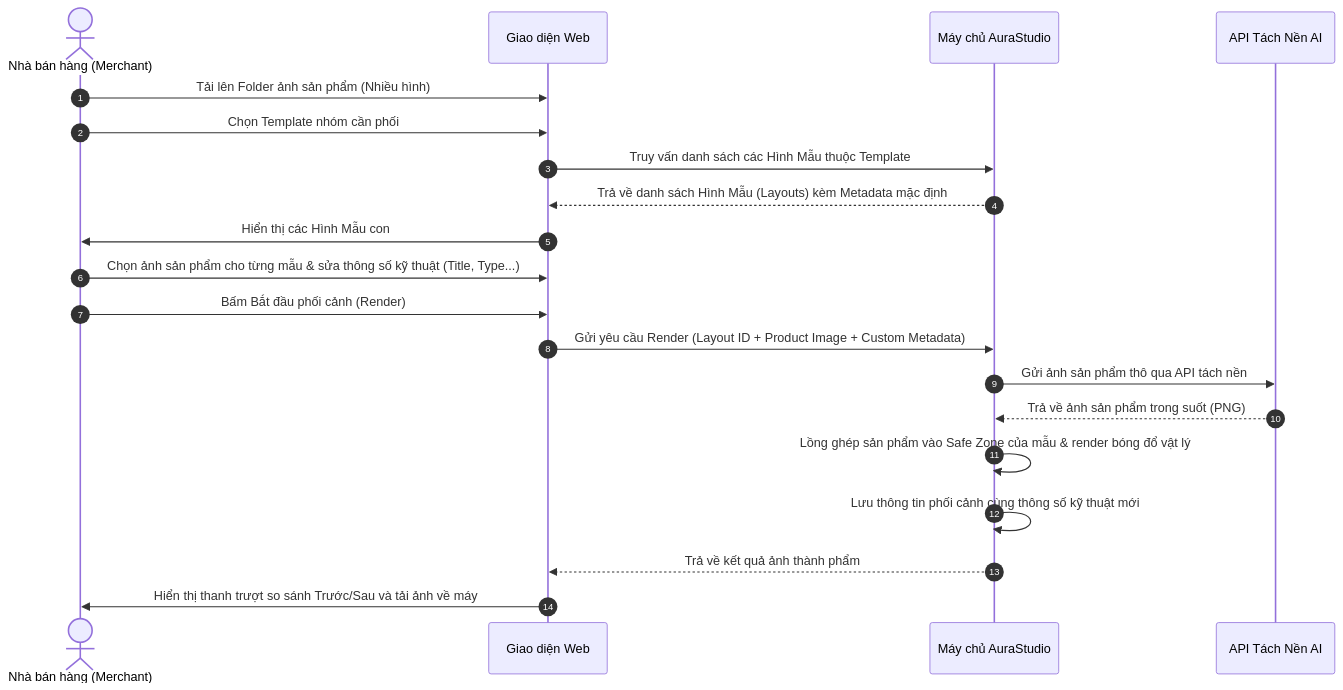
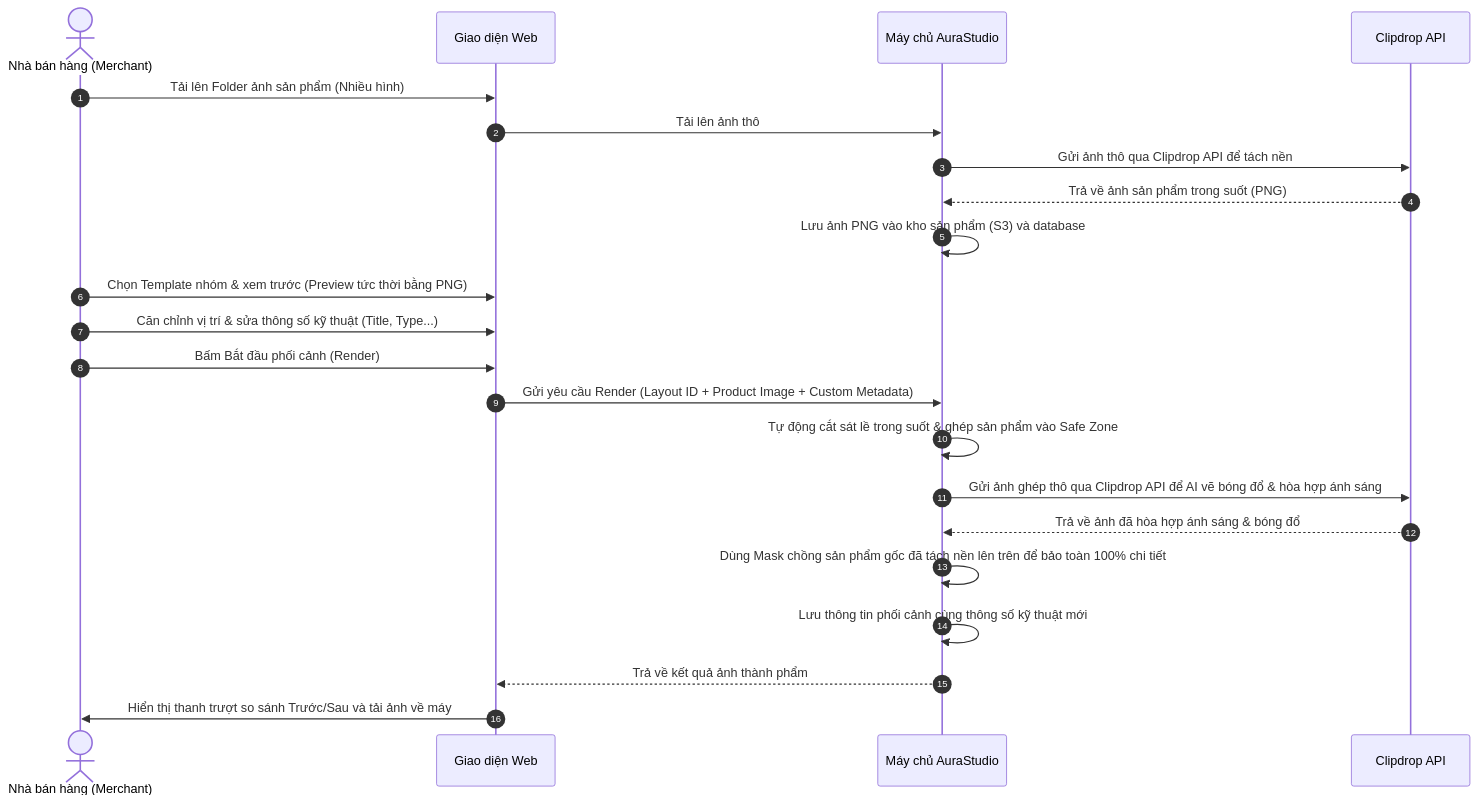
One commit to neokingstonvn/docs-3tnsolution changed the diagram in project/aurastudio/README.md. Above: the diagram before and after it, drawn with Mermaid. The commit also changed other lines of this file and 9 other files, not shown here.

````diff
--- a/project/aurastudio/README.md
+++ b/project/aurastudio/README.md
@@ -44,23 +51,25 @@
 ```mermaid
 sequenceDiagram
     autonumber
     actor Merchant as Nhà bán hàng (Merchant)
     participant UI as Giao diện Web
     participant Server as Máy chủ AuraStudio
-    participant AI as API Tách Nền AI
+    participant CD as Clipdrop API
 
     Merchant->>UI: Tải lên Folder ảnh sản phẩm (Nhiều hình)
-    Merchant->>UI: Chọn Template nhóm cần phối
-    UI->>Server: Truy vấn danh sách các Hình Mẫu thuộc Template
-    Server-->>UI: Trả về danh sách Hình Mẫu (Layouts) kèm Metadata mặc định
-    UI->>Merchant: Hiển thị các Hình Mẫu con
-    Merchant->>UI: Chọn ảnh sản phẩm cho từng mẫu & sửa thông số kỹ thuật (Title, Type...)
+    UI->>Server: Tải lên ảnh thô
+    Server->>CD: Gửi ảnh thô qua Clipdrop API để tách nền
+    CD-->>Server: Trả về ảnh sản phẩm trong suốt (PNG)
+    Server->>Server: Lưu ảnh PNG vào kho sản phẩm (S3) và database
+    Merchant->>UI: Chọn Template nhóm & xem trước (Preview tức thời bằng PNG)
+    Merchant->>UI: Căn chỉnh vị trí & sửa thông số kỹ thuật (Title, Type...)
     Merchant->>UI: Bấm Bắt đầu phối cảnh (Render)
     UI->>Server: Gửi yêu cầu Render (Layout ID + Product Image + Custom Metadata)
-    Server->>AI: Gửi ảnh sản phẩm thô qua API tách nền
-    AI-->>Server: Trả về ảnh sản phẩm trong suốt (PNG)
-    Server->>Server: Lồng ghép sản phẩm vào Safe Zone của mẫu & render bóng đổ vật lý
+    Server->>Server: Tự động cắt sát lề trong suốt & ghép sản phẩm vào Safe Zone
+    Server->>CD: Gửi ảnh ghép thô qua Clipdrop API để AI vẽ bóng đổ & hòa hợp ánh sáng
+    CD-->>Server: Trả về ảnh đã hòa hợp ánh sáng & bóng đổ
+    Server->>Server: Dùng Mask chồng sản phẩm gốc đã tách nền lên trên để bảo toàn 100% chi tiết
     Server->>Server: Lưu thông tin phối cảnh cùng thông số kỹ thuật mới
     Server-->>UI: Trả về kết quả ảnh thành phẩm
     UI->>Merchant: Hiển thị thanh trượt so sánh Trước/Sau và tải ảnh về máy
 ```
````
